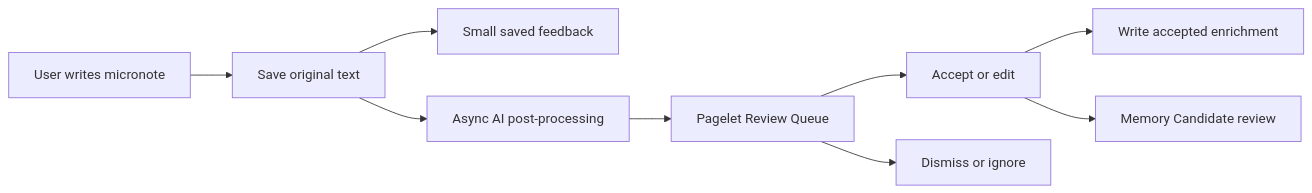
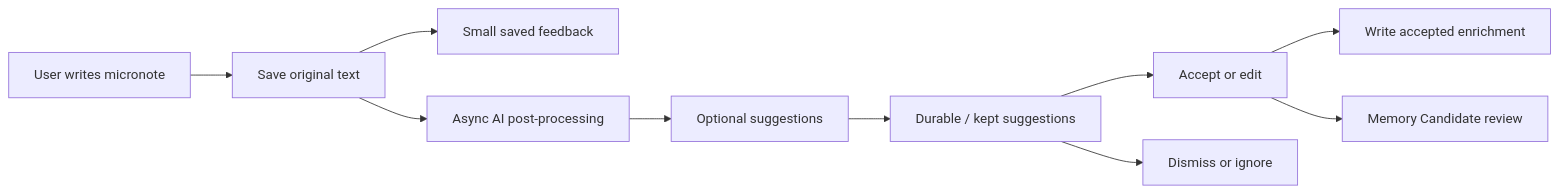
Before and after one commit to edonyzpc/personal-assistant: the diagram in docs/pa-quick-capture-micronote-product-spec.md, drawn with Mermaid. The commit also changed other lines of this file and 140 other files, not shown here.

````diff
--- a/docs/pa-quick-capture-micronote-product-spec.md
+++ b/docs/pa-quick-capture-micronote-product-spec.md
@@ -107,11 +110,12 @@
 ```mermaid
 flowchart LR
   User["User writes micronote"] --> Save["Save original text"]
   Save --> Feedback["Small saved feedback"]
   Save --> Async["Async AI post-processing"]
-  Async --> Queue["Pagelet Review Queue"]
+  Async --> Preview["Optional suggestions"]
+  Preview --> Queue["Durable / kept suggestions"]
   Queue --> Accept["Accept or edit"]
   Queue --> Dismiss["Dismiss or ignore"]
   Accept --> Note["Write accepted enrichment"]
   Accept --> Memory["Memory Candidate review"]
 ```
````
